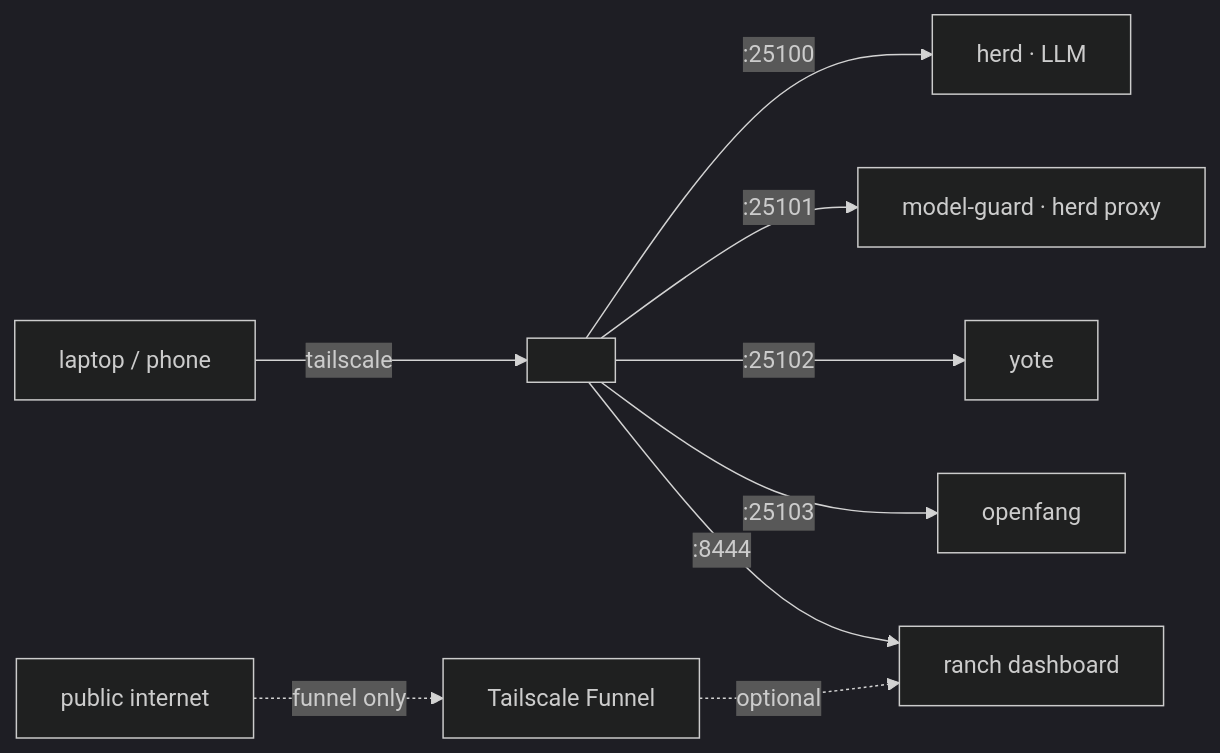
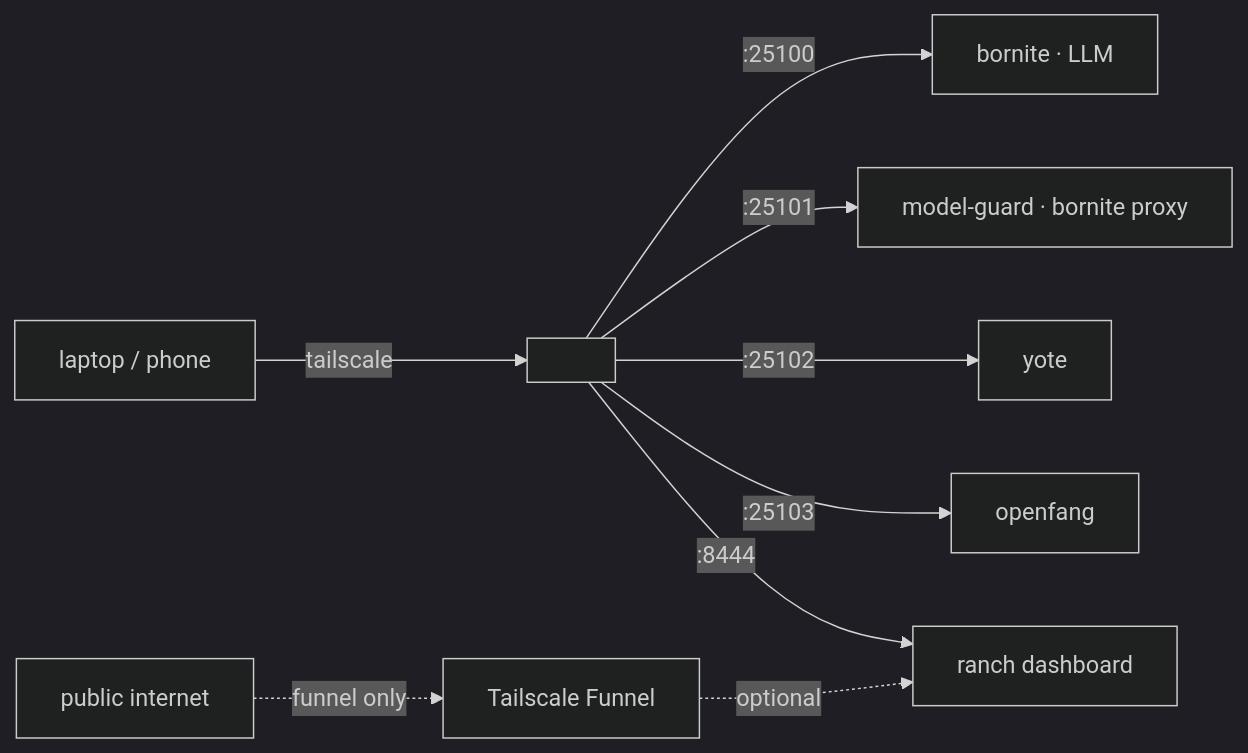
One commit to toxicwind/estate changed the diagram in tailscale/README.md. Above: the diagram before and after it, drawn with Mermaid (dark theme). The commit also changed other lines of this file and 416 other files, not shown here.

Commit message:
geode rename: cuttinggate->chalcopyrite, herd->bornite, hodos->rhodochrosite, pinax->mimetite

````diff
--- a/tailscale/README.md
+++ b/tailscale/README.md
@@ -39,11 +39,11 @@
 ```mermaid
 flowchart LR
     you[laptop / phone] -->|tailscale| dns[<magicdns>]
-    dns -->|:25100| herd[herd · LLM]
-    dns -->|:25101| guard[model-guard · herd proxy]
+    dns -->|:25100| bornite[bornite · LLM]
+    dns -->|:25101| guard[model-guard · bornite proxy]
     dns -->|:25102| yote[yote]
     dns -->|:25103| fang[openfang]
     dns -->|:8444| dash[ranch dashboard]
     funnel[Tailscale Funnel] -.->|optional| dash
     note[public internet] -.->|funnel only| funnel
 ```
````
